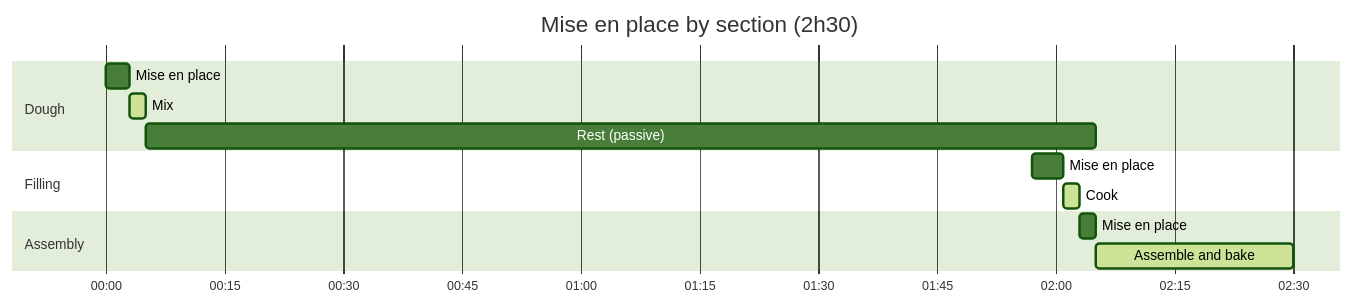
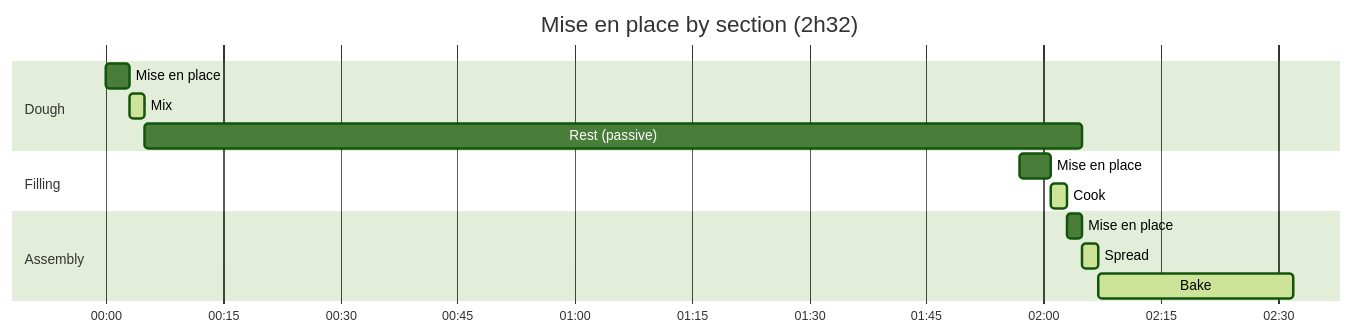
The third of 5 diagrams in packages/docs/src/content/docs/docs/explanation/alap-scheduling.mdx (gram-lang/gram), drawn with Mermaid (forest theme) before and after one commit. The commit also changed other lines of this file and 1 other file, not shown here.

Commit message:
docs: align the mise en place diagrams with the updated example recipe

````diff
--- a/packages/docs/src/content/docs/docs/explanation/alap-scheduling.mdx
+++ b/packages/docs/src/content/docs/docs/explanation/alap-scheduling.mdx
@@ -98,17 +100,18 @@
 ```mermaid
 gantt
-    title Mise en place by section (2h30)
+    title Mise en place by section (2h32)
     dateFormat  HH:mm
     axisFormat %H:%M
     todayMarker off
     section Dough
     Mise en place                     : p1, 00:00, 3m
     Mix                               : active, a1, 00:03, 2m
     Rest (passive)                    : r1, 00:05, 120m
     section Filling
     Mise en place                     : p2, 01:57, 4m
     Cook                              : active, a2, 02:01, 2m
     section Assembly
     Mise en place                     : p3, 02:03, 2m
-    Assemble and bake                 : active, a3, 02:05, 25m
+    Spread                            : active, a3, 02:05, 2m
+    Bake                              : active, a4, 02:07, 25m
 ```
````
